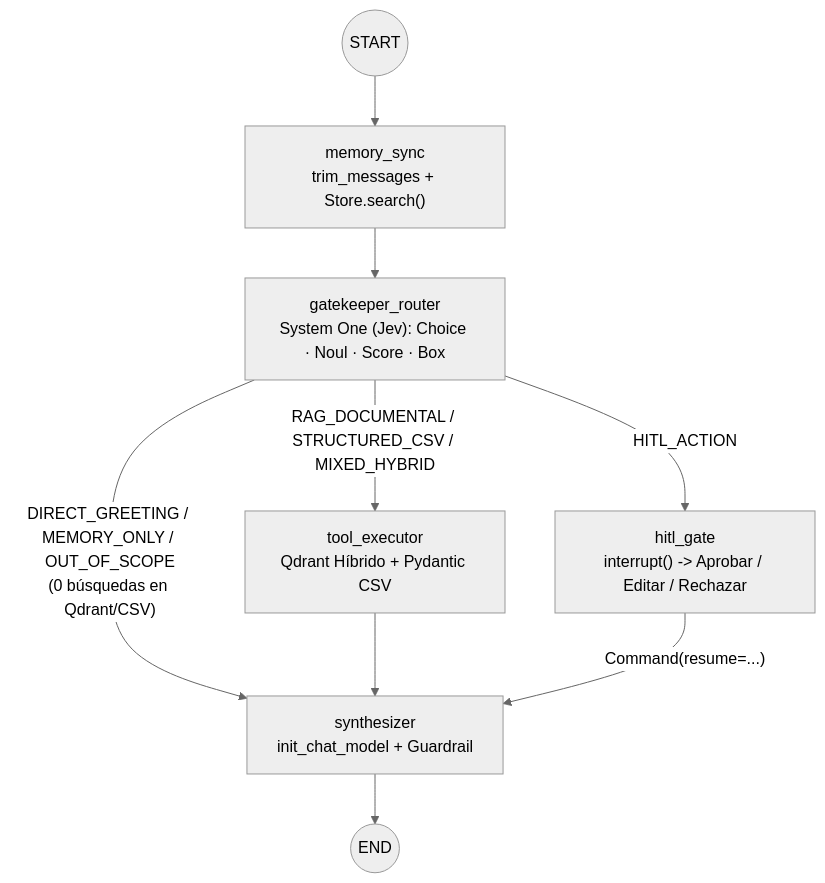
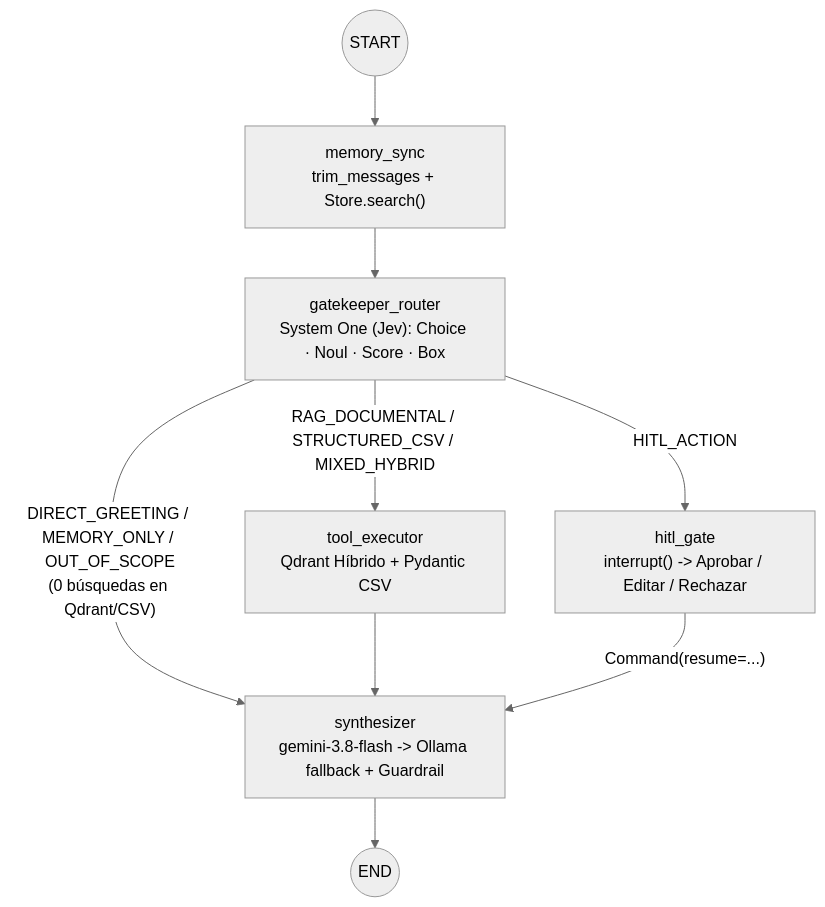
Before and after one commit to LUISBENJUMEARIVERA/scrapping: the first of 3 diagrams in docs/architecture_m2.md, drawn with Mermaid (neutral theme). The commit also changed other lines of this file, not shown here.

Commit message:
docs(arch): actualizar architecture_m2.md con fallback LLM, shutdown y ADRs

````diff
--- a/docs/architecture_m2.md
+++ b/docs/architecture_m2.md
@@ -5,13 +5,13 @@
 ```mermaid
 flowchart TD
     Start((START)) --> MemSync["memory_sync<br/>trim_messages + Store.search()"]
     MemSync --> Router["gatekeeper_router<br/>System One (Jev): Choice · Noul · Score · Box"]
 
-    Router -- "DIRECT_GREETING / MEMORY_ONLY / OUT_OF_SCOPE<br/>(0 búsquedas en Qdrant/CSV)" --> Synth["synthesizer<br/>init_chat_model + Guardrail"]
+    Router -- "DIRECT_GREETING / MEMORY_ONLY / OUT_OF_SCOPE<br/>(0 búsquedas en Qdrant/CSV)" --> Synth["synthesizer<br/>gemini-3.8-flash -> Ollama fallback + Guardrail"]
     Router -- "RAG_DOCUMENTAL / STRUCTURED_CSV / MIXED_HYBRID" --> Tools["tool_executor<br/>Qdrant Híbrido + Pydantic CSV"]
     Router -- "HITL_ACTION" --> HITL["hitl_gate<br/>interrupt() -> Aprobar / Editar / Rechazar"]
 
     Tools --> Synth
     HITL -- "Command(resume=...)" --> Synth
     Synth --> EndNode((END))
 ```
````
